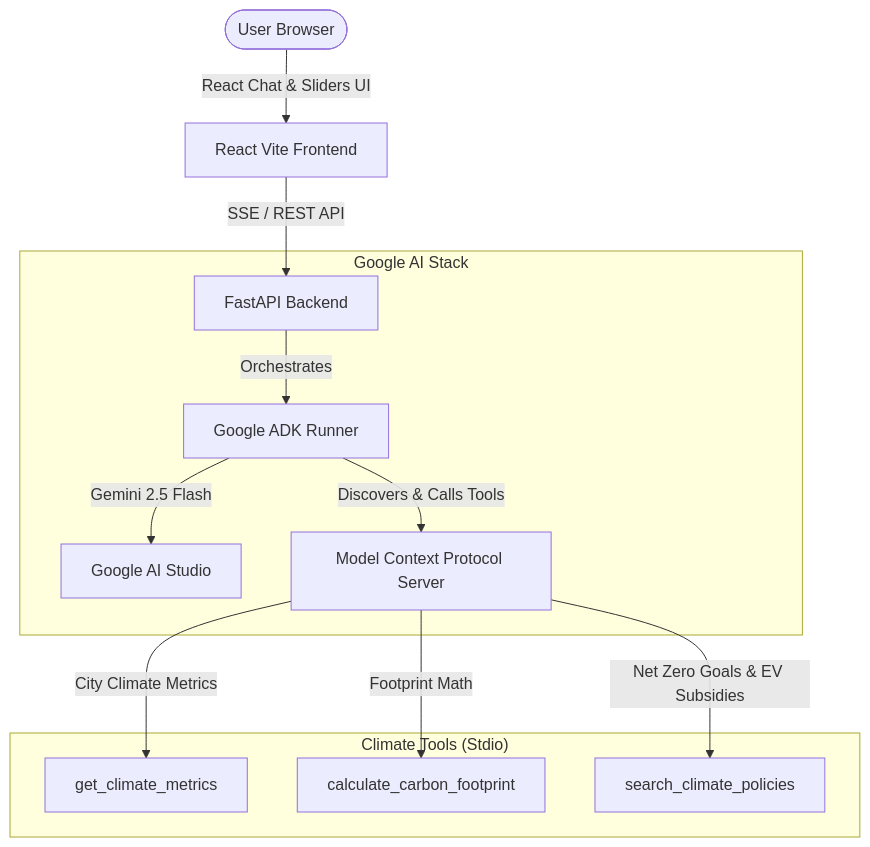
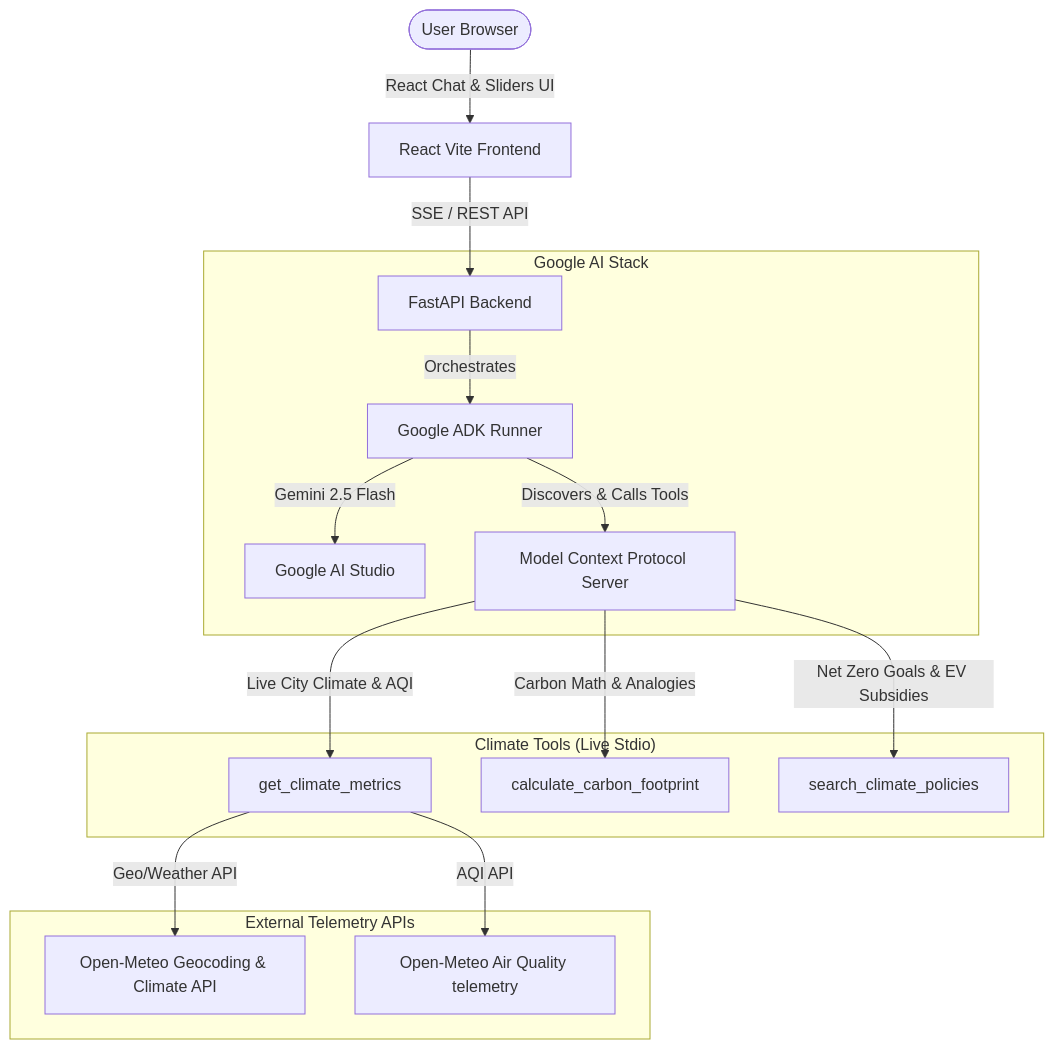
Before and after one commit to rockerspace/AI-Agent-Series-Builder-2026: the diagram in README.md, drawn with Mermaid. The commit also changed other lines of this file and 4 other files, not shown here.

Commit message:
Upgrade EcoPulse to v2.0: live telemetry APIs, multi-persona ADK agents, and enhanced visual dashboard gamification

````diff
--- a/README.md
+++ b/README.md
@@ -26,17 +31,22 @@
 ```mermaid
 graph TD
     User([User Browser]) -->|React Chat & Sliders UI| Frontend[React Vite Frontend]
     Frontend -->|SSE / REST API| FastAPI[FastAPI Backend]
     
     subgraph "Google AI Stack"
         FastAPI -->|Orchestrates| ADK[Google ADK Runner]
         ADK -->|Gemini 2.5 Flash| Gemini[Google AI Studio]
         ADK -->|Discovers & Calls Tools| MCP[Model Context Protocol Server]
     end
     
-    subgraph "Climate Tools (Stdio)"
-        MCP -->|City Climate Metrics| get_climate_metrics[get_climate_metrics]
-        MCP -->|Footprint Math| calculate_carbon_footprint[calculate_carbon_footprint]
+    subgraph "Climate Tools (Live Stdio)"
+        MCP -->|Live City Climate & AQI| get_climate_metrics[get_climate_metrics]
+        MCP -->|Carbon Math & Analogies| calculate_carbon_footprint[calculate_carbon_footprint]
         MCP -->|Net Zero Goals & EV Subsidies| search_climate_policies[search_climate_policies]
     end
+    
+    subgraph "External Telemetry APIs"
+        get_climate_metrics -->|Geo/Weather API| OpenMeteo[Open-Meteo Geocoding & Climate API]
+        get_climate_metrics -->|AQI API| OpenAQ[Open-Meteo Air Quality telemetry]
+    end
 ```
````
